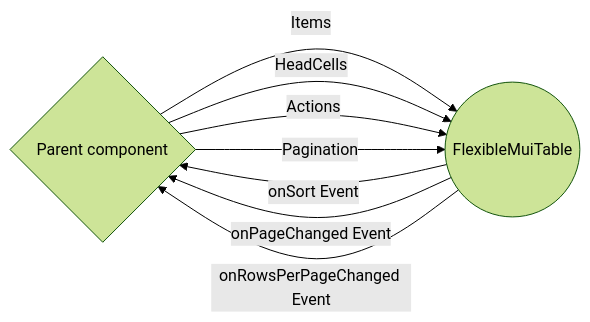
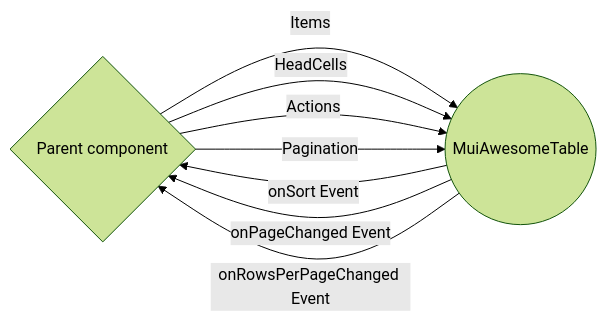
One commit to fatehMohamed14/mui-awesome-table changed the diagram in README.md. Above: the diagram before and after it, drawn with Mermaid. The commit also changed other lines of this file and 6 other files, not shown here.

````diff
--- a/README.md
+++ b/README.md
@@ -110,11 +110,11 @@
 ```mermaid
 %%{init: {'theme': 'forest', "flowchart" : { "curve" : "basis" } } }%%
 graph LR
-A{Parent component} -- Items -->B((FlexibleMuiTable))
-A{Parent component} -- HeadCells --> B((FlexibleMuiTable))
-A{Parent component} -- Actions --> B((FlexibleMuiTable))
-A{Parent component} -- Pagination --> B((FlexibleMuiTable))
+A{Parent component} -- Items -->B((MuiAwesomeTable))
+A{Parent component} -- HeadCells --> B((MuiAwesomeTable))
+A{Parent component} -- Actions --> B((MuiAwesomeTable))
+A{Parent component} -- Pagination --> B((MuiAwesomeTable))
 B -- onSort Event --> A
 B -- onPageChanged Event --> A
 B -- onRowsPerPageChanged Event --> A
 ```
````
